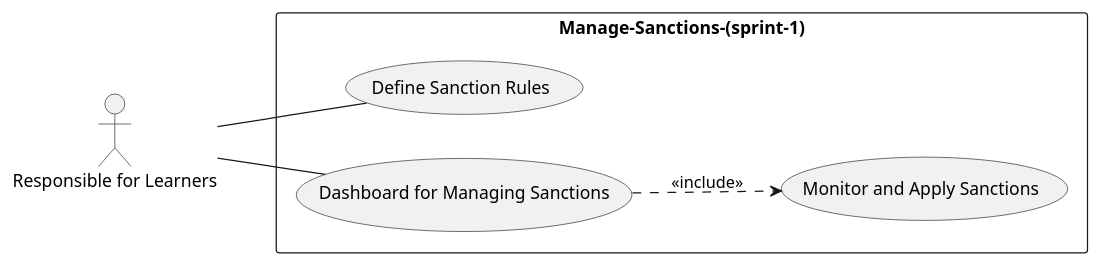
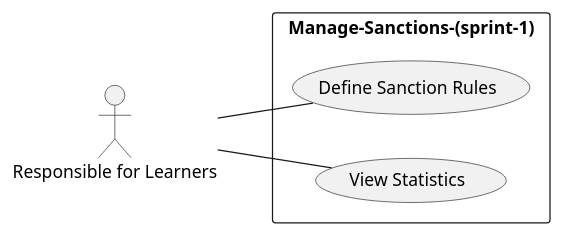
Before and after one commit to Tribak-Ayoub/Project-fil-rouge: the diagram in Functional Branch/Use Case/Use-Case-Sprint1.puml, drawn with PlantUML. The commit also changed 2 other files, not shown here.

```diff
--- a/Functional Branch/Use Case/Use-Case-Sprint1.puml
+++ b/Functional Branch/Use Case/Use-Case-Sprint1.puml
@@ -1,16 +1,13 @@
 @startuml
 left to right direction
 actor "Responsible for Learners" as Admin
 
 rectangle Manage-Sanctions-(sprint-1) {
   usecase "Define Sanction Rules" as UC1
-  usecase "Monitor and Apply Sanctions" as UC2
-  usecase "Dashboard for Managing Sanctions" as UC5
+ usecase "View Statistics" as UC8
 }
 
 Admin -- UC1
-Admin -- UC5
-
-UC5 ..> UC2 : <<include>>
+Admin -- UC8
 
 @enduml
```
